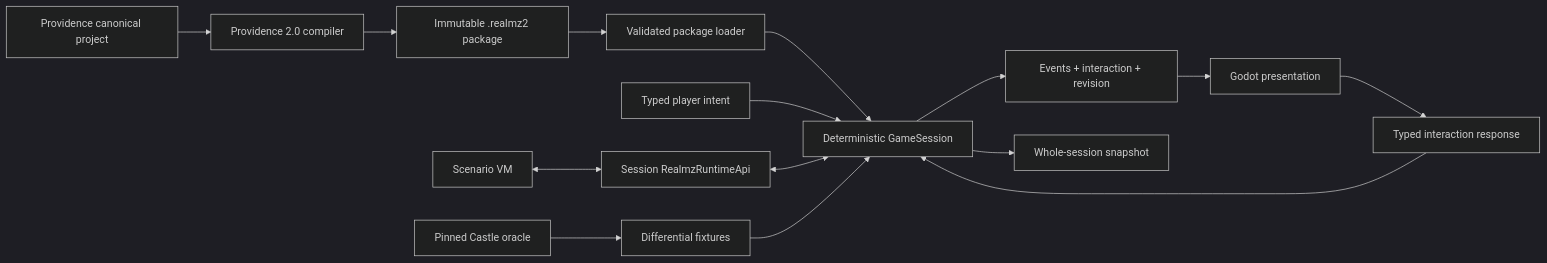
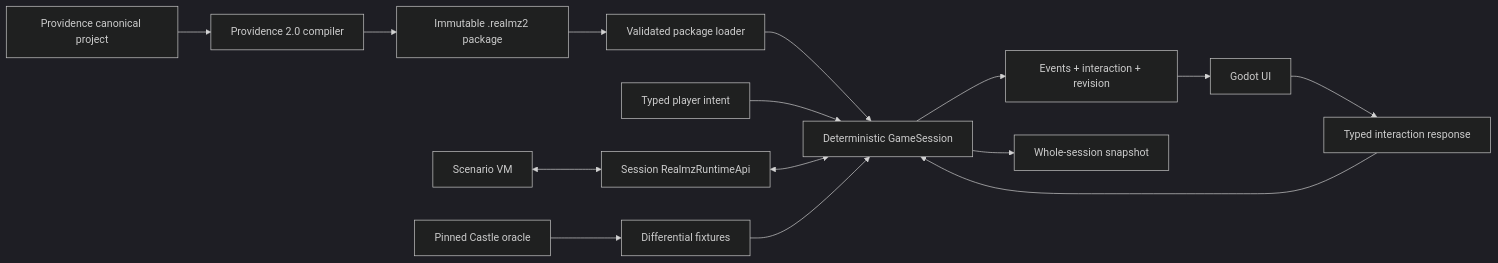
One commit to iSynic/Realmz-Rebuilt changed the diagram in docs/architecture.md. Above: the diagram before and after it, drawn with Mermaid (dark theme). The commit also changed other lines of this file and 2695 other files, not shown here.

Commit message:
Rename Godot presentation boundary to UI

````diff
--- a/docs/architecture.md
+++ b/docs/architecture.md
@@ -5,17 +5,17 @@
 ```mermaid
 flowchart LR
     Providence["Providence canonical project"] --> Compiler["Providence 2.0 compiler"]
     Compiler --> Package["Immutable .realmz2 package"]
     Package --> Loader["Validated package loader"]
     Loader --> Session["Deterministic GameSession"]
     Intent["Typed player intent"] --> Session
     Session --> Step["Events + interaction + revision"]
-    Step --> Godot["Godot presentation"]
+    Step --> Godot["Godot UI"]
     Godot --> Response["Typed interaction response"]
     Response --> Session
     VM["Scenario VM"] <--> API["Session RealmzRuntimeApi"]
     API <--> Session
     Session --> Save["Whole-session snapshot"]
     Castle["Pinned Castle oracle"] --> Tests["Differential fixtures"]
     Tests --> Session
 ```
````
